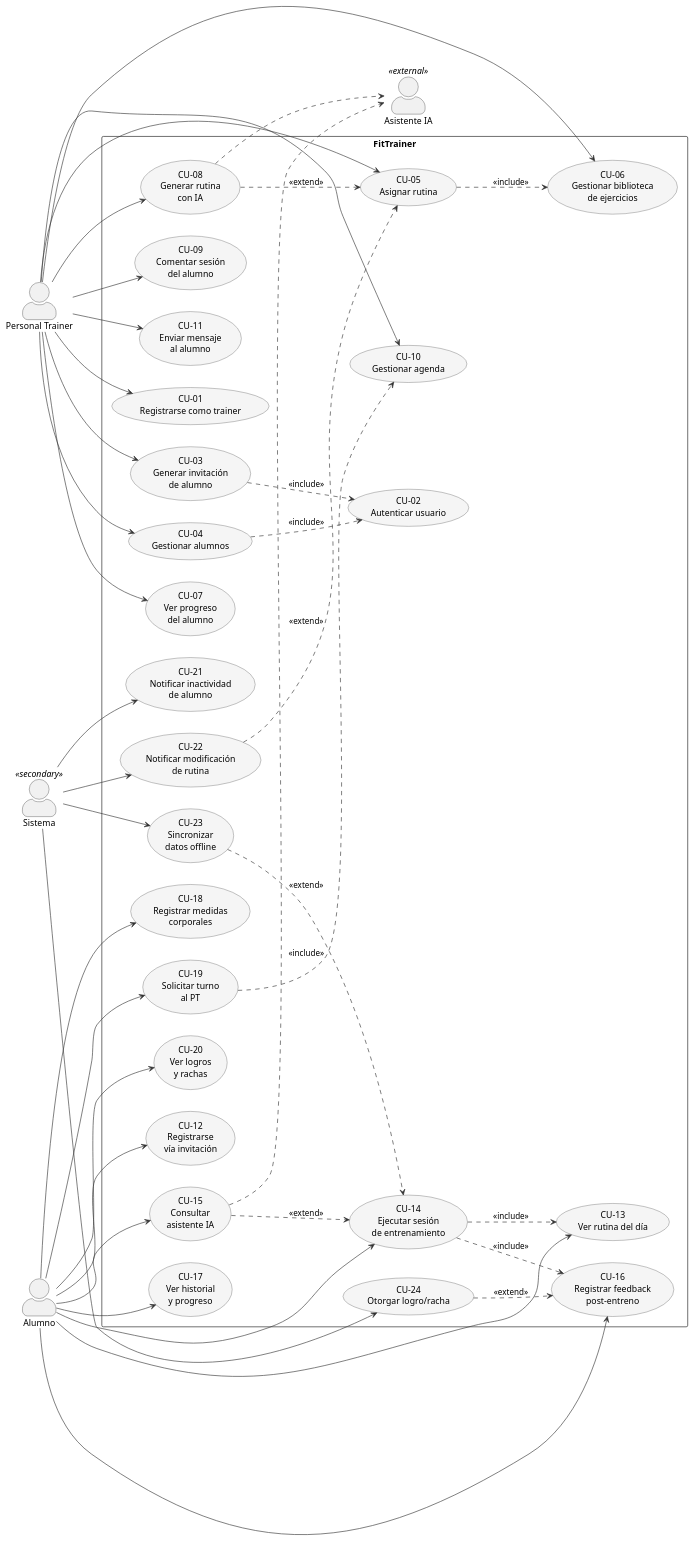
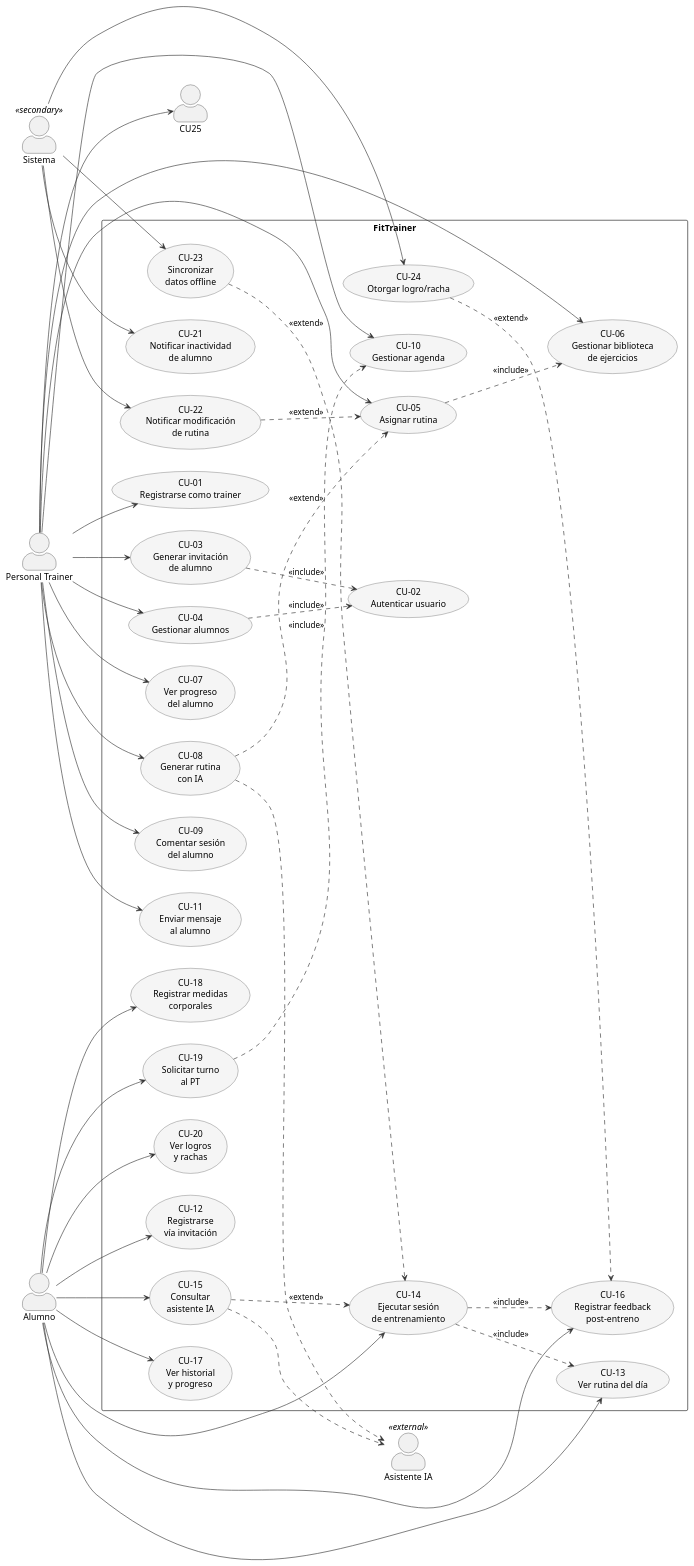
The diagram in docs/arquitectura/diagrama-casos-de-uso.md (irolon/parcial-2-ap-acn5bv-queimalinos-rolon), drawn with PlantUML before and after one commit. The commit also changed other lines of this file and 3 other files, not shown here.

```diff
--- a/docs/arquitectura/diagrama-casos-de-uso.md
+++ b/docs/arquitectura/diagrama-casos-de-uso.md
@@ -163,6 +164,7 @@
 PT --> CU09
 PT --> CU10
 PT --> CU11
+PT --> CU25
 
 ' --- Asociaciones Alumno ---
 AL --> CU12
```
